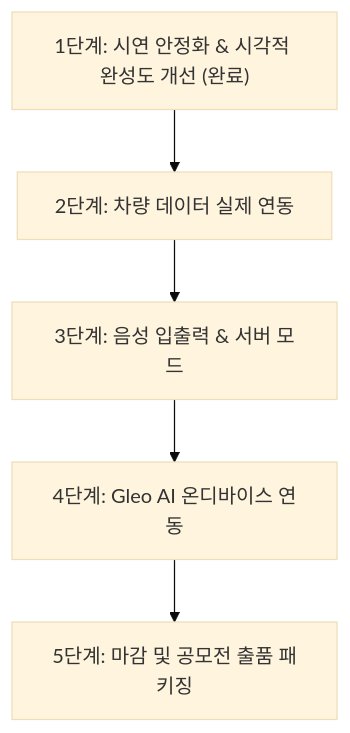
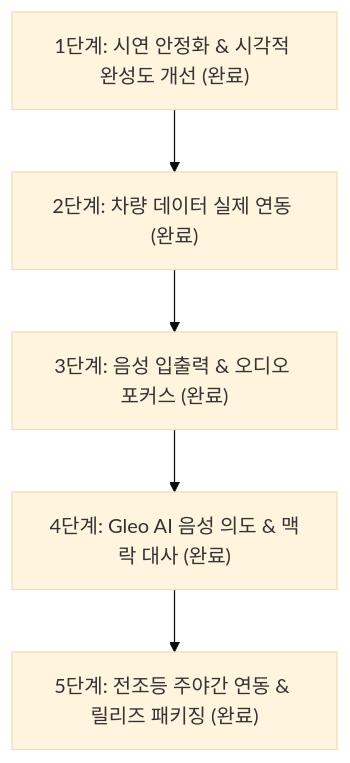
Before and after one commit to 2Jaegon/Hyundai_app_data: the diagram in PROJECT_PLAN.md, drawn with Mermaid (base theme). The commit also changed other lines of this file and 13 other files, not shown here.

Commit message:
feat: complete Phase 2-5 (Vehicle SDK live telemetry, AudioFocus ducking, Gleo voice commands & headlamp day/night sync)

````diff
--- a/PROJECT_PLAN.md
+++ b/PROJECT_PLAN.md
@@ -65,7 +69,7 @@
 ```mermaid
 flowchart TD
-    Phase1["1단계: 시연 안정화 & 시각적 완성도 개선 (완료)"] --> Phase2["2단계: 차량 데이터 실제 연동"]
-    Phase2 --> Phase3["3단계: 음성 입출력 & 서버 모드"]
-    Phase3 --> Phase4["4단계: Gleo AI 온디바이스 연동"]
-    Phase4 --> Phase5["5단계: 마감 및 공모전 출품 패키징"]
+    Phase1["1단계: 시연 안정화 & 시각적 완성도 개선 (완료)"] --> Phase2["2단계: 차량 데이터 실제 연동 (완료)"]
+    Phase2 --> Phase3["3단계: 음성 입출력 & 오디오 포커스 (완료)"]
+    Phase3 --> Phase4["4단계: Gleo AI 음성 의도 & 맥락 대사 (완료)"]
+    Phase4 --> Phase5["5단계: 전조등 주야간 연동 & 릴리즈 패키징 (완료)"]
 ```
````
